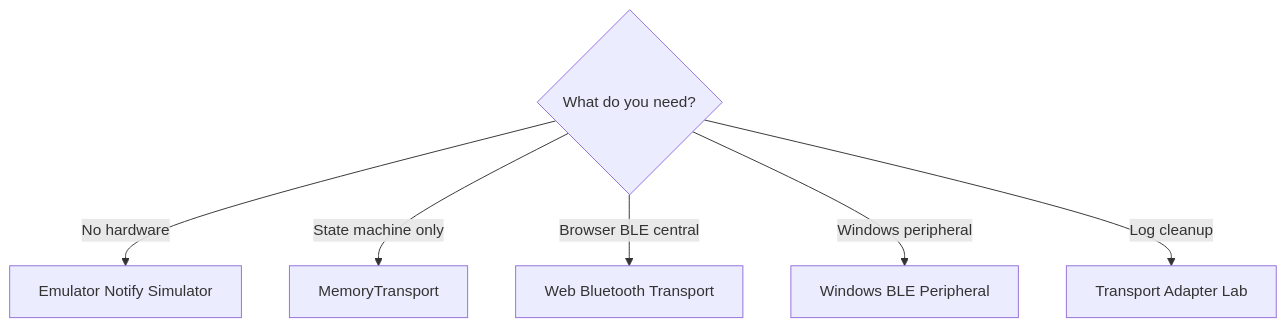
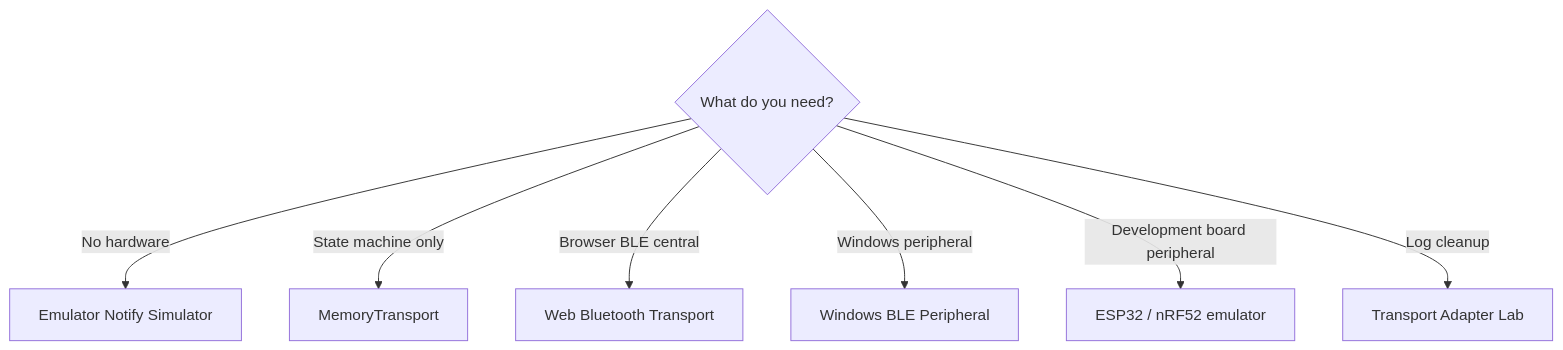
One commit to Azsoft-jp/MCard-StarterKit changed the first of 2 diagrams in docs/TRANSPORT_GUIDE.md. Above: the diagram before and after it, drawn with Mermaid. The commit also changed other lines of this file and 19 other files, not shown here.

````diff
--- a/docs/TRANSPORT_GUIDE.md
+++ b/docs/TRANSPORT_GUIDE.md
@@ -15,9 +16,10 @@
 ```mermaid
 flowchart TD
   Need{What do you need?}
   Need -->|No hardware| Emulator[Emulator Notify Simulator]
   Need -->|State machine only| Memory[MemoryTransport]
   Need -->|Browser BLE central| WebBT[Web Bluetooth Transport]
   Need -->|Windows peripheral| Win[Windows BLE Peripheral]
+  Need -->|Development board peripheral| Board[ESP32 / nRF52 emulator]
   Need -->|Log cleanup| Adapter[Transport Adapter Lab]
 ```
````
